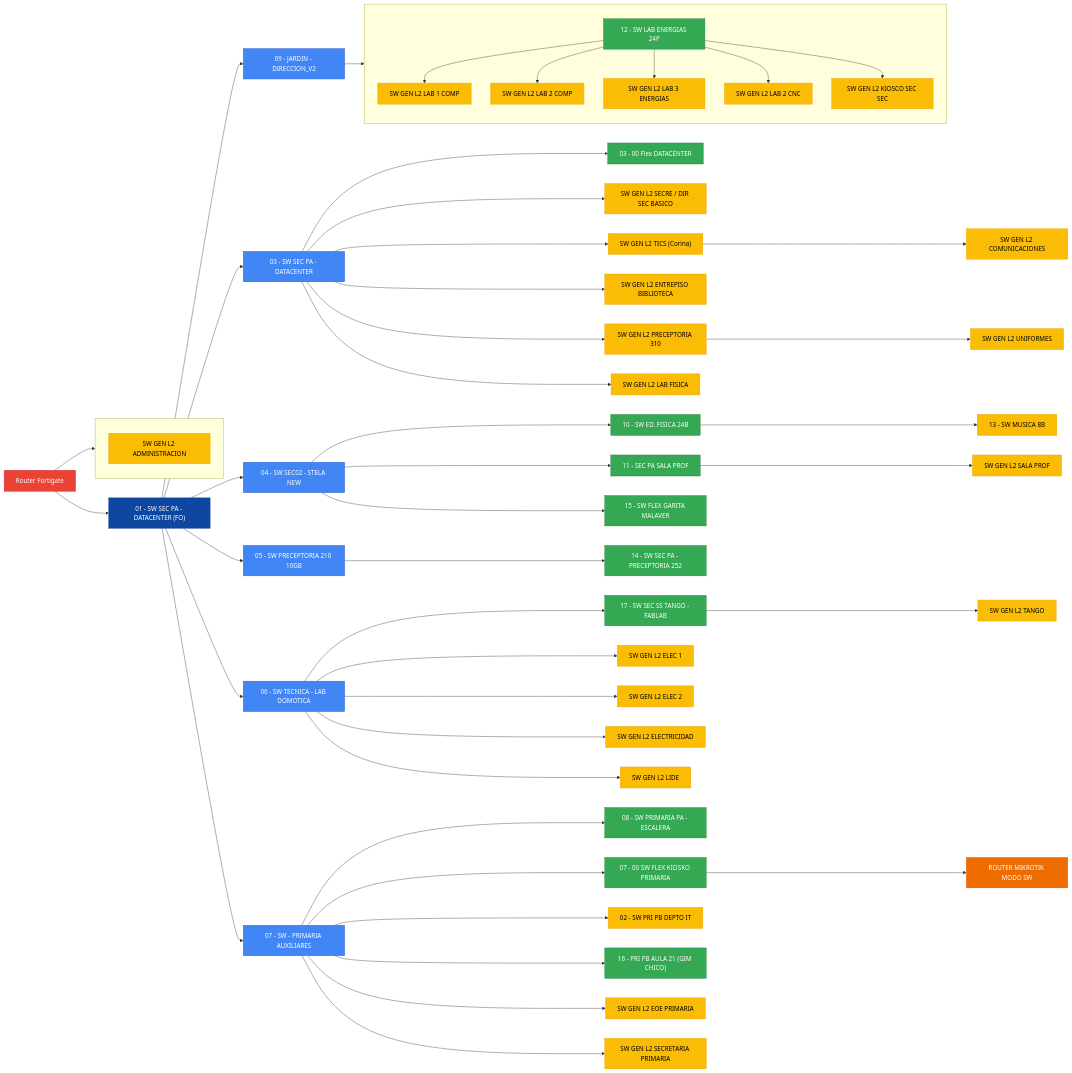
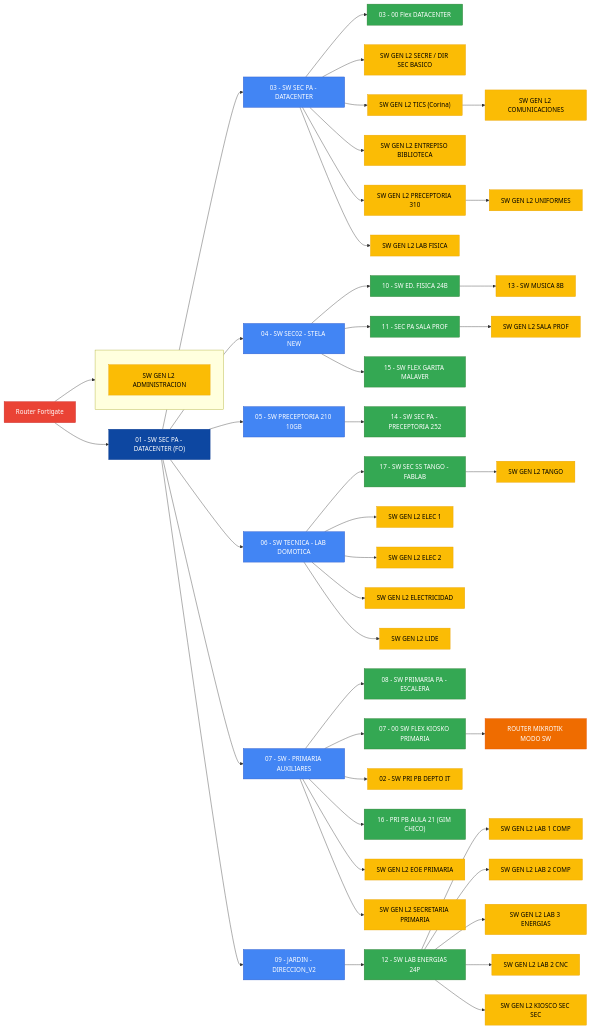
Before and after one commit to carlostcba/Topologia-LSF: the diagram in README.md, drawn with Mermaid.

````diff
--- a/README.md
+++ b/README.md
@@ -2,76 +2,72 @@
 ```mermaid
 flowchart LR
 
     classDef enrutamiento fill:#EA4335,stroke:#C62828,color:white;
     classDef core fill:#0D47A1,stroke:#0B3C91,color:white;
     classDef distribucion fill:#4285F4,stroke:#2A56C6,color:white;
     classDef redistribucion fill:#34A853,stroke:#2E7D32,color:white;
     classDef acceso fill:#FBBC05,stroke:#E8A203,color:black;
     classDef especial fill:#EF6C00,stroke:#E65100,color:white;
 
     RF[Router Fortigate] --> C01["01 - SW SEC PA - DATACENTER (FO)"]
 
     %% Agrupar nodo S02 en un subgraph vertical para separar visualmente
     subgraph admin_space [ ]
     direction TB
         S02["SW GEN L2 ADMINISTRACION"]
     end
     RF --> S02
 
     C01 --> S03["03 - SW SEC PA - DATACENTER"]
     S03 --> FLEX1["03 - 00 Flex DATACENTER"]
     S03 --> S031["SW GEN L2 SECRE / DIR SEC BASICO"]
     S03 --> S032["SW GEN L2 TICS (Corina)"]
     S032 --> S036["SW GEN L2 COMUNICACIONES"]
     S03 --> S033["SW GEN L2 ENTREPISO BIBLIOTECA"]
     S03 --> S034["SW GEN L2 PRECEPTORIA 310"]
     S034 --> S037["SW GEN L2 UNIFORMES"]
     S03 --> S035["SW GEN L2 LAB FISICA"]
 
     C01 --> S04["04 - SW SEC02 - STELA NEW"]
     S04 --> E10["10 - SW ED. FISICA 24B"]
     E10 --> M13["13 - SW MUSICA 8B"]
     S04 --> P11["11 - SEC PA SALA PROF"]
     P11 --> SPROF["SW GEN L2 SALA PROF"]
     S04 --> FLEX2["15 - SW FLEX GARITA MALAVER"]
 
     C01 --> S05["05 - SW PRECEPTORIA 210 10GB"]
     S05 --> P14["14 - SW SEC PA - PRECEPTORIA 252"]
 
     C01 --> S06["06 - SW TECNICA - LAB DOMOTICA"]
     S06 --> T17["17 - SW SEC SS TANGO - FABLAB"]
     T17 --> TANGO["SW GEN L2 TANGO"]
     S06 --> ELEC1["SW GEN L2 ELEC 1"]
     S06 --> ELEC2["SW GEN L2 ELEC 2"]
     S06 --> ELEC3["SW GEN L2 ELECTRICIDAD"]
     S06 --> LIDE["SW GEN L2 LIDE"]
 
     C01 --> S07["07 - SW - PRIMARIA AUXILIARES"]
     S07 --> P08["08 - SW PRIMARIA PA - ESCALERA"]
     S07 --> K07["07 - 00 SW FLEX KIOSKO PRIMARIA"]
     K07 --> RMIK["ROUTER MIKROTIK MODO SW"]
     S07 --> D02["02 - SW PRI PB DEPTO IT"]
     S07 --> G16["16 - PRI PB AULA 21 (GIM CHICO)"]
     S07 --> EOE["SW GEN L2 EOE PRIMARIA"]
     S07 --> SPRI["SW GEN L2 SECRETARIA PRIMARIA"]
 
     C01 --> S09["09 - JARDIN - DIRECCION_V2"]
     S09 --> L12["12 - SW LAB ENERGIAS 24P"]
-
-    %% Agrupar nodos colgados de L12 en forma vertical
-    subgraph lab_ener [ ]
-    direction TB
-        L12 --> LC1["SW GEN L2 LAB 1 COMP"]
-        L12 --> LC2["SW GEN L2 LAB 2 COMP"]
-        L12 --> LE3["SW GEN L2 LAB 3 ENERGIAS"]
-        L12 --> CNC["SW GEN L2 LAB 2 CNC"]
-        L12 --> KSEC["SW GEN L2 KIOSCO SEC SEC"]
-    end
+    %% Nodos hijos sin subgraph
+    L12 --> LC1["SW GEN L2 LAB 1 COMP"]
+    L12 --> LC2["SW GEN L2 LAB 2 COMP"]
+    L12 --> LE3["SW GEN L2 LAB 3 ENERGIAS"]
+    L12 --> CNC["SW GEN L2 LAB 2 CNC"]
+    L12 --> KSEC["SW GEN L2 KIOSCO SEC SEC"]
 
     class RF enrutamiento;
     class C01 core;
     class S03,S04,S05,S06,S07,S09 distribucion;
     class FLEX1,FLEX2,P11,E10,P14,T17,P08,K07,G16,L12 redistribucion;
     class S031,S032,S033,S034,S035,S036,S037,M13,SPROF,TANGO,ELEC1,ELEC2,ELEC3,LIDE,D02,EOE,SPRI,LC1,LC2,LE3,CNC,KSEC,S02 acceso;
     class RMIK especial;
 ```
````
